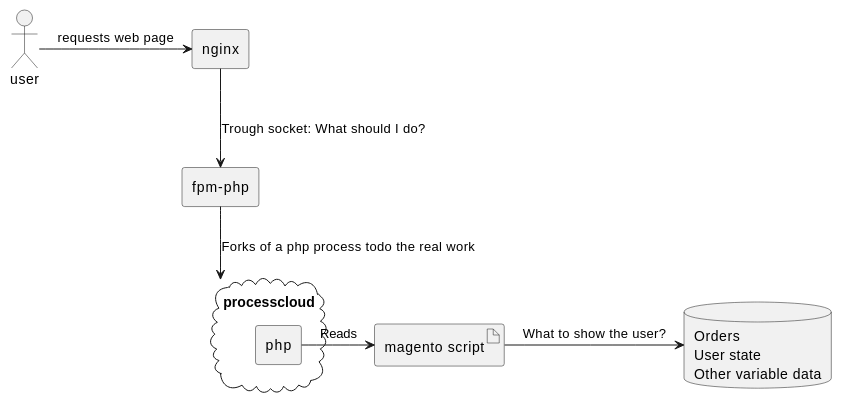
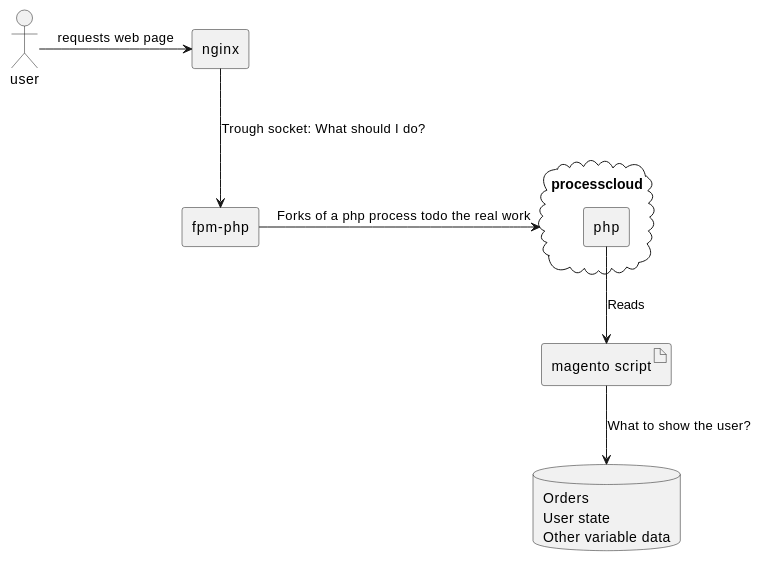
The diagram in content/webshop-setup.org (jappeace/jappeaceApplication), drawn with PlantUML before and after one commit. The commit also changed other lines of this file, not shown here.

Commit message:
About setting up magento shop

```diff
--- a/content/webshop-setup.org
+++ b/content/webshop-setup.org
@@ -54,24 +54,26 @@
 #+BEGIN_SRC plantuml :cache yes :file ./images/2017/uml/dep:magento.svg :exports results
+!pragma horizontalLineBetweenDifferentPackageAllowed
+
 actor user
 agent nginx
-
 user -> nginx : requests web page
 
 agent "fpm-php" as php
 
 nginx --> php : Trough socket: What should I do?
 
-php --> processcloud : Forks of a php process todo the real work
+php -right-> processcloud : Forks of a php process todo the real work
 
 cloud "php processes" as processcloud{
     agent "php" as reader
 }
 artifact "magento script" as magento
-reader -> magento : Reads
+
+reader --> magento : Reads
 database mysql [
 Orders
 User state
 Other variable data
 ]
-magento -> mysql : What to show the user?
+magento --> mysql : What to show the user?
 #+END_SRC
```
